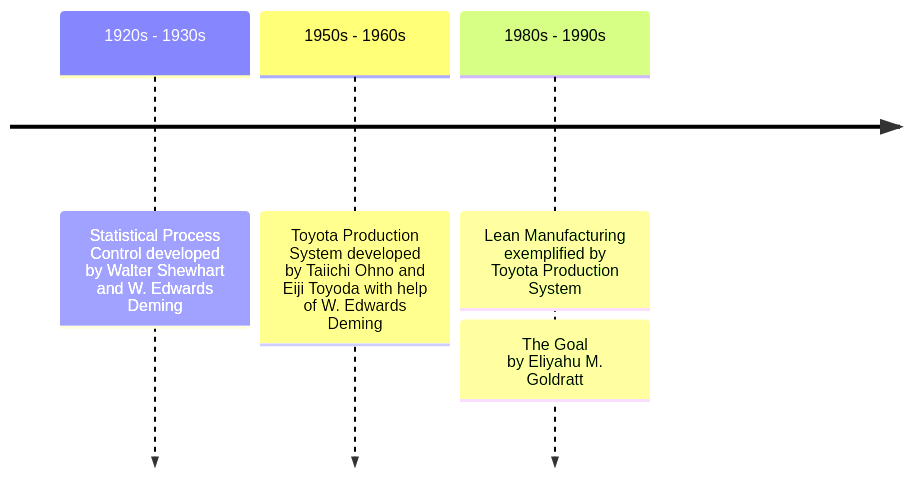
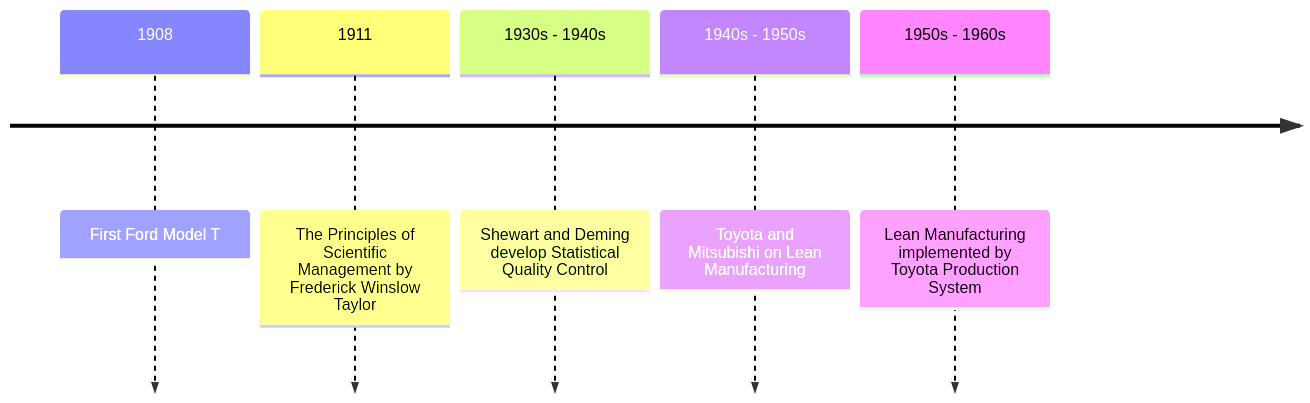
The third of 7 diagrams in slides.md (robstrader/presentation-devops-cicd), drawn with Mermaid before and after one commit. The commit also changed other lines of this file, not shown here.

Commit message:
feat: update timeline

````diff
--- a/slides.md
+++ b/slides.md
@@ -268,7 +285,8 @@
-```mermaid {alt: 'A brief history the history of DevOps', scale: 1}
+```mermaid {alt: 'A brief history the history of DevOps', scale: 0.8}
 timeline
-    1920s - 1930s : Statistical Process Control developed by Walter Shewhart and W. Edwards Deming
-    1950s - 1960s : Toyota Production System developed by Taiichi Ohno and Eiji Toyoda with help of W. Edwards Deming
-    1980s - 1990s : Lean Manufacturing exemplified by Toyota Production System
-    : The Goal <br>by Eliyahu M. Goldratt
+    1908 : First Ford Model T
+    1911 : The Principles of Scientific Management by Frederick Winslow Taylor
+    1930s - 1940s : Shewart and Deming develop Statistical Quality Control
+    1940s - 1950s : Toyota and Mitsubishi on Lean Manufacturing
+    1950s - 1960s : Lean Manufacturing implemented by Toyota Production System
 ```
````
